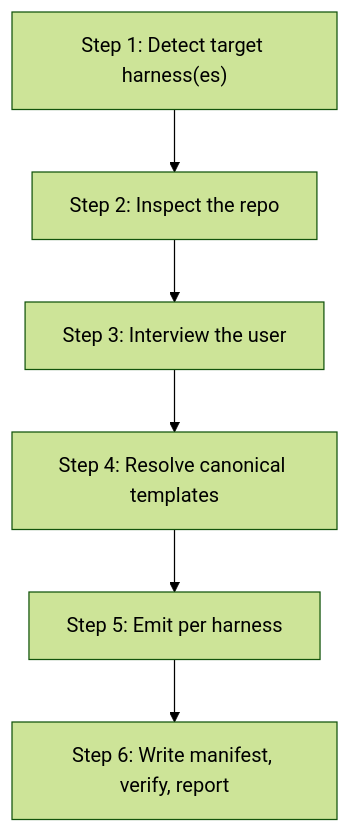
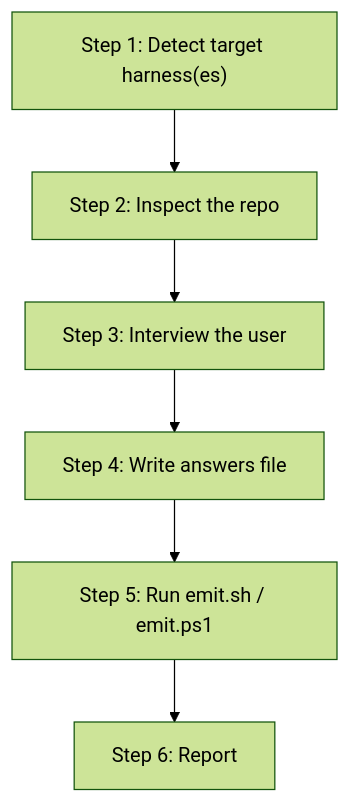
Before and after one commit to kdcllc/skills: the diagram in docs/guide/getting-started.md, drawn with Mermaid (forest theme). The commit also changed other lines of this file and 59 other files, not shown here.

First line of the commit message:
Feat/token efficiency roadmap (#5)

````diff
--- a/docs/guide/getting-started.md
+++ b/docs/guide/getting-started.md
@@ -47,15 +57,15 @@
 ```mermaid
 flowchart TD
     Detect["Step 1: Detect target harness(es)"]
     Inspect["Step 2: Inspect the repo"]
     Interview["Step 3: Interview the user"]
-    Resolve["Step 4: Resolve canonical templates"]
-    Emit["Step 5: Emit per harness"]
-    Manifest["Step 6: Write manifest, verify, report"]
+    Answers["Step 4: Write answers file"]
+    Emit["Step 5: Run emit.sh / emit.ps1"]
+    Report["Step 6: Report"]
 
     Detect --> Inspect
     Inspect --> Interview
-    Interview --> Resolve
-    Resolve --> Emit
-    Emit --> Manifest
+    Interview --> Answers
+    Answers --> Emit
+    Emit --> Report
 ```
````
